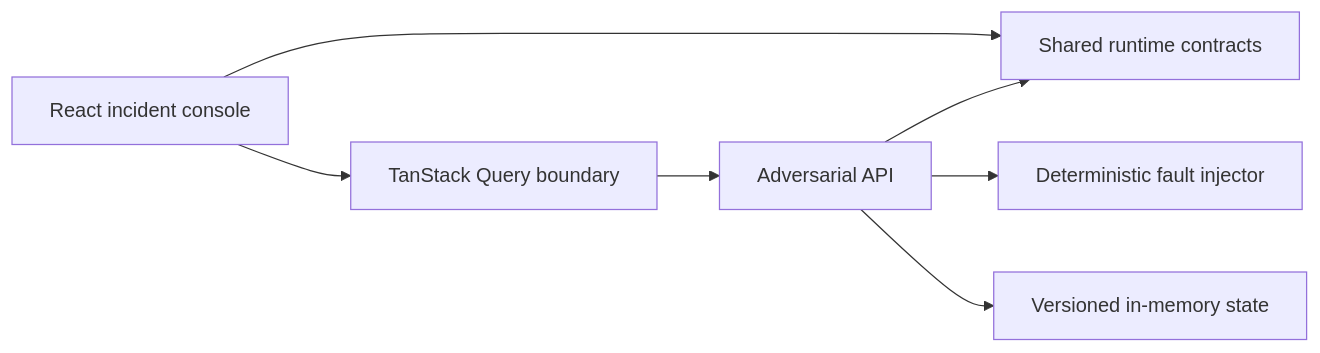
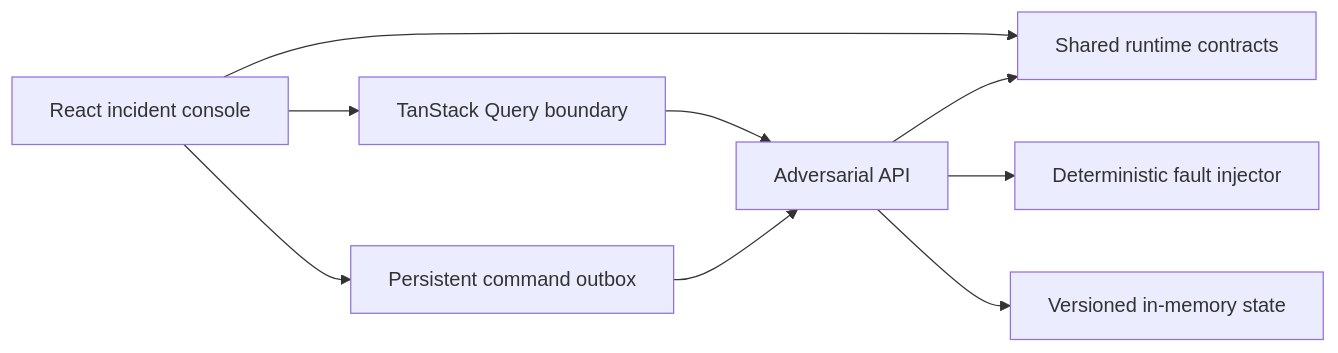
Before and after one commit to wasiliy-strecker/react-resilience-lab: the diagram in README.md, drawn with Mermaid. The commit also changed other lines of this file and 2 other files, not shown here.

First line of the commit message:
docs: define command outbox guarantees

````diff
--- a/README.md
+++ b/README.md
@@ -63,9 +66,11 @@
 ```mermaid
 flowchart LR
     Browser[React incident console] --> Contracts[Shared runtime contracts]
     Browser --> Query[TanStack Query boundary]
     Query --> API[Adversarial API]
+    Browser --> Outbox[Persistent command outbox]
+    Outbox --> API
     API --> Contracts
     API --> Faults[Deterministic fault injector]
     API --> State[Versioned in-memory state]
 ```
````
